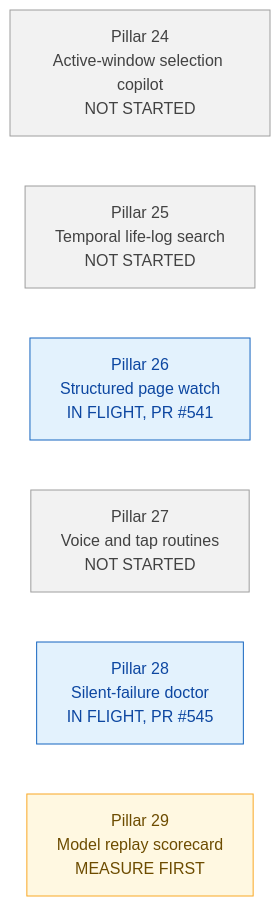
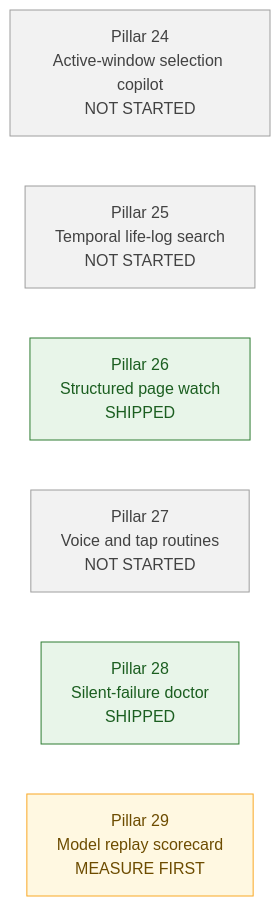
One commit to darknight11ish/Epic-Jarvis changed the third of 3 diagrams in docs/WHAT-ACTUALLY-SHIPS-2026-10-17.md. Above: the diagram before and after it, drawn with Mermaid. The commit also changed other lines of this file, not shown here.

````diff
--- a/docs/WHAT-ACTUALLY-SHIPS-2026-10-17.md
+++ b/docs/WHAT-ACTUALLY-SHIPS-2026-10-17.md
@@ -247,15 +275,15 @@
 ```mermaid
 flowchart LR
   P24["Pillar 24<br/>Active-window selection copilot<br/>NOT STARTED"]
   P25["Pillar 25<br/>Temporal life-log search<br/>NOT STARTED"]
-  P26["Pillar 26<br/>Structured page watch<br/>IN FLIGHT, PR #541"]
+  P26["Pillar 26<br/>Structured page watch<br/>SHIPPED"]
   P27["Pillar 27<br/>Voice and tap routines<br/>NOT STARTED"]
-  P28["Pillar 28<br/>Silent-failure doctor<br/>IN FLIGHT, PR #545"]
+  P28["Pillar 28<br/>Silent-failure doctor<br/>SHIPPED"]
   P29["Pillar 29<br/>Model replay scorecard<br/>MEASURE FIRST"]
   classDef notstarted fill:#f2f2f2,stroke:#9e9e9e,color:#424242
-  classDef inflight fill:#e3f2fd,stroke:#1565c0,color:#0d47a1
+  classDef shipped fill:#e8f5e9,stroke:#2e7d32,color:#1b5e20
   classDef measure fill:#fff8e1,stroke:#f9a825,color:#6d4c00
   class P24,P25,P27 notstarted
-  class P26,P28 inflight
+  class P26,P28 shipped
   class P29 measure
 ```
````
